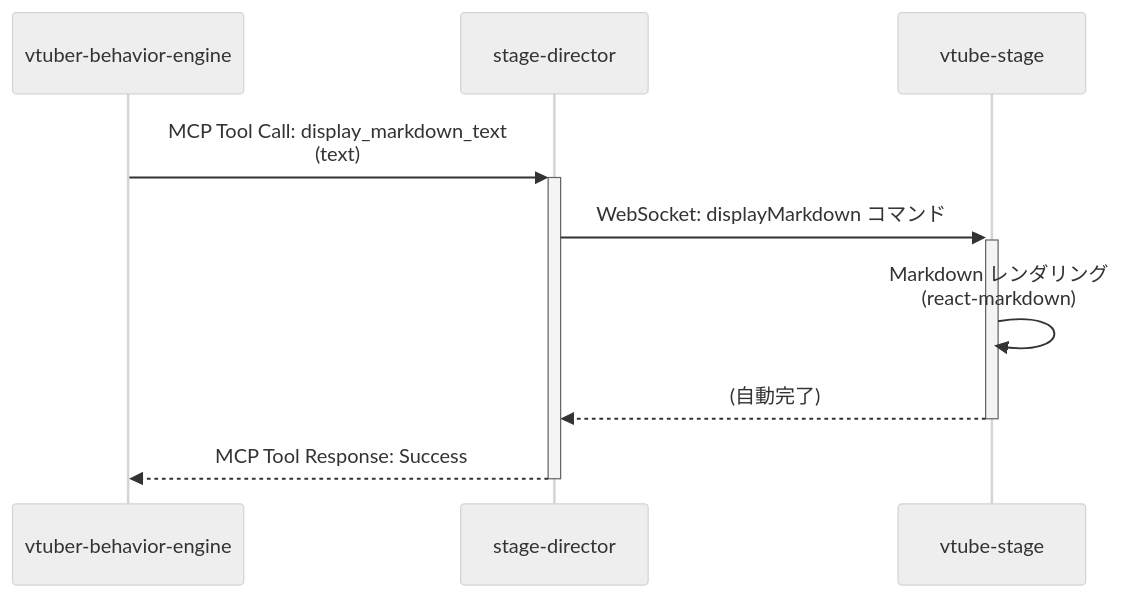
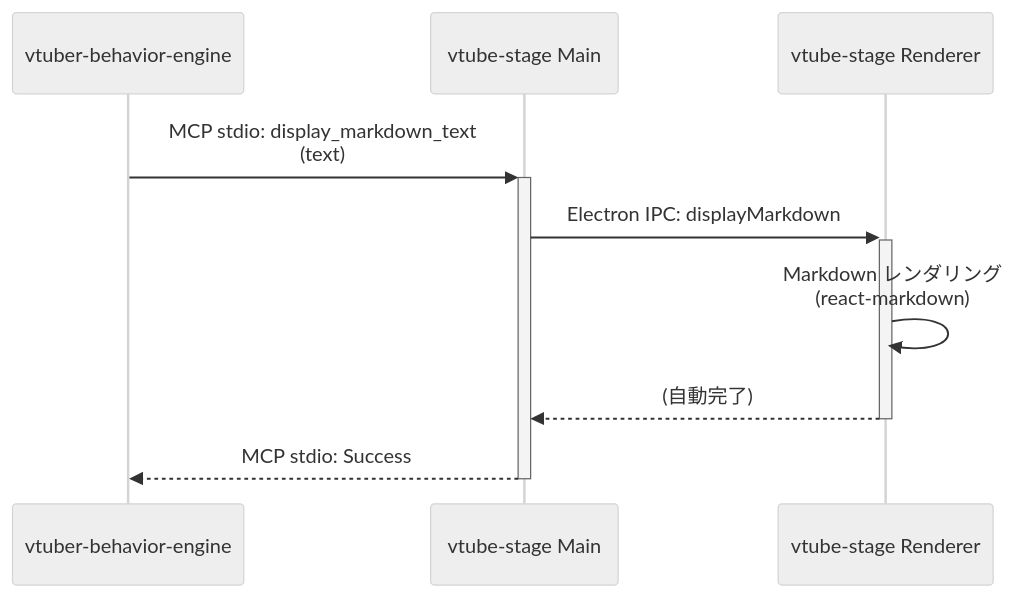
Before and after one commit to LongbowXXX/ai-tuber: the third of 3 diagrams in docs/architecture/key-flows.md, drawn with Mermaid (neutral theme). The commit also changed other lines of this file and 14 other files, not shown here.

````diff
--- a/docs/architecture/key-flows.md
+++ b/docs/architecture/key-flows.md
@@ -80,12 +79,12 @@
 ```mermaid
 sequenceDiagram
     participant VBE as vtuber-behavior-engine
-    participant SD as stage-director
-    participant VS as vtube-stage
+    participant Main as vtube-stage Main
+    participant Renderer as vtube-stage Renderer
 
-    VBE ->>+ SD: MCP Tool Call: display_markdown_text<br/>(text)
-    SD ->>+ VS: WebSocket: displayMarkdown コマンド
-    VS ->> VS: Markdown レンダリング<br/>(react-markdown)
-    VS -->>- SD: (自動完了)
-    SD -->>- VBE: MCP Tool Response: Success
+    VBE ->>+ Main: MCP stdio: display_markdown_text<br/>(text)
+    Main ->>+ Renderer: Electron IPC: displayMarkdown
+    Renderer ->> Renderer: Markdown レンダリング<br/>(react-markdown)
+    Renderer -->>- Main: (自動完了)
+    Main -->>- VBE: MCP stdio: Success
 ```
````
